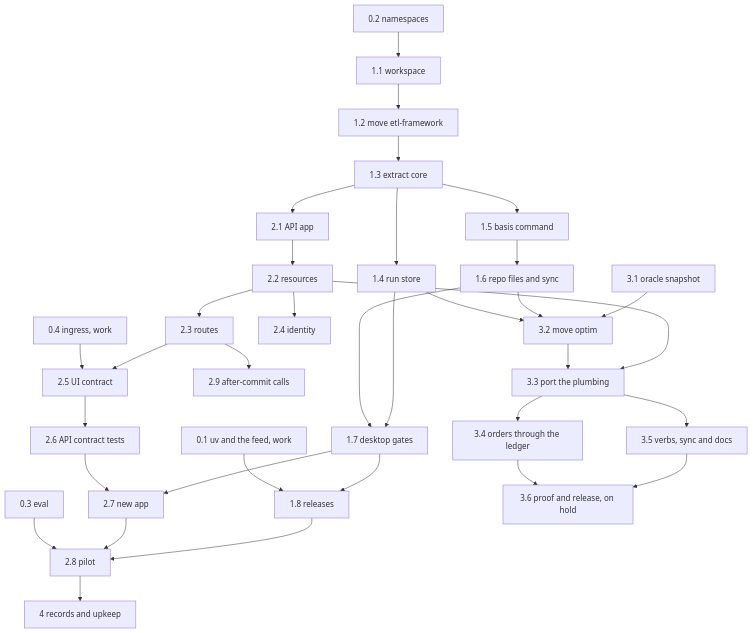
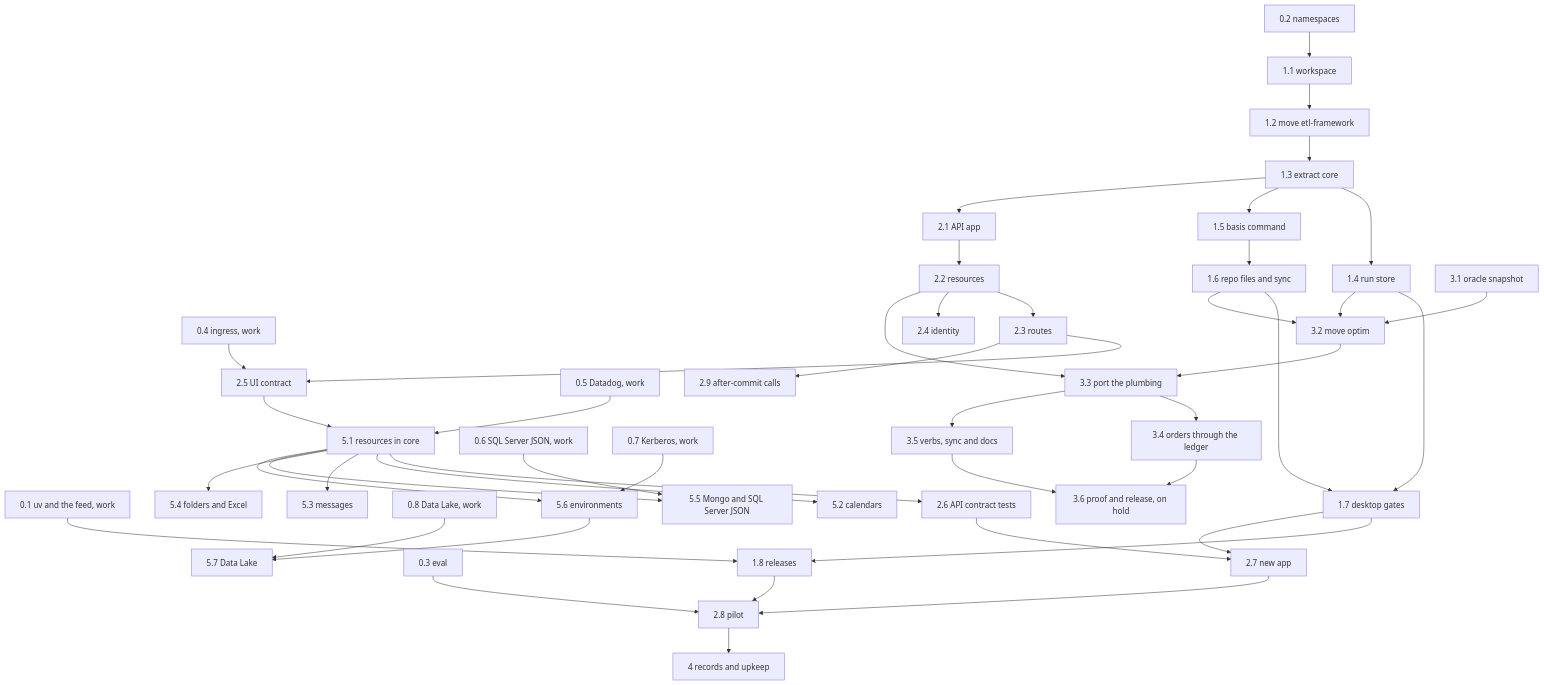
The diagram in docs/roadmap.md (jacobragsdale/basis), drawn with Mermaid before and after one commit. The commit also changed other lines of this file and 1 other file, not shown here.

Commit message:
Phase 5: resources in the design and the roadmap: jobs and APIs share basis-api's resources, Datadog traces, calendars, messages, folders and Excel, Mongo and SQL Server JSON, environments and an Azure Data Lake destination, with four (work) spikes

````diff
--- a/docs/roadmap.md
+++ b/docs/roadmap.md
@@ -27,23 +28,32 @@
 ```mermaid
 flowchart TD
   s01[0.1 uv and the feed, work] --> r8[1.8 releases]
   s02[0.2 namespaces] --> r1[1.1 workspace]
   s03[0.3 eval] --> a8[2.8 pilot]
   s04[0.4 ingress, work] --> a5[2.5 UI contract]
+  s05[0.5 Datadog, work] --> c1[5.1 resources in core]
+  s06[0.6 SQL Server JSON, work] --> c5[5.5 Mongo and SQL Server JSON]
+  s07[0.7 Kerberos, work] --> c6[5.6 environments]
+  s08[0.8 Data Lake, work] --> c7[5.7 Data Lake]
   r1 --> r2[1.2 move etl-framework] --> r3[1.3 extract core]
   r3 --> r4[1.4 run store]
   r3 --> r5[1.5 basis command] --> r6[1.6 repo files and sync] --> r7[1.7 desktop gates]
   r4 --> r7
   r7 --> r8
-  r3 --> a1[2.1 API app] --> a2[2.2 resources] --> a3[2.3 routes] --> a5 --> a6[2.6 API contract tests] --> a7[2.7 new app] --> a8
+  r3 --> a1[2.1 API app] --> a2[2.2 resources] --> a3[2.3 routes] --> a5 --> c1 --> a6[2.6 API contract tests] --> a7[2.7 new app] --> a8
   a2 --> a4[2.4 identity]
   a3 --> a9[2.9 after-commit calls]
   r7 --> a7
   r8 --> a8
   r4 --> o2[3.2 move optim]
   r6 --> o2
   o1[3.1 oracle snapshot] --> o2 --> o3[3.3 port the plumbing] --> o4[3.4 orders through the ledger] --> o6[3.6 proof and release, on hold]
   a2 --> o3
   o3 --> o5[3.5 verbs, sync and docs] --> o6
   a8 --> g[4 records and upkeep]
+  c1 --> c2[5.2 calendars]
+  c1 --> c3[5.3 messages]
+  c1 --> c4[5.4 folders and Excel]
+  c1 --> c5
+  c1 --> c6 --> c7
 ```
````
